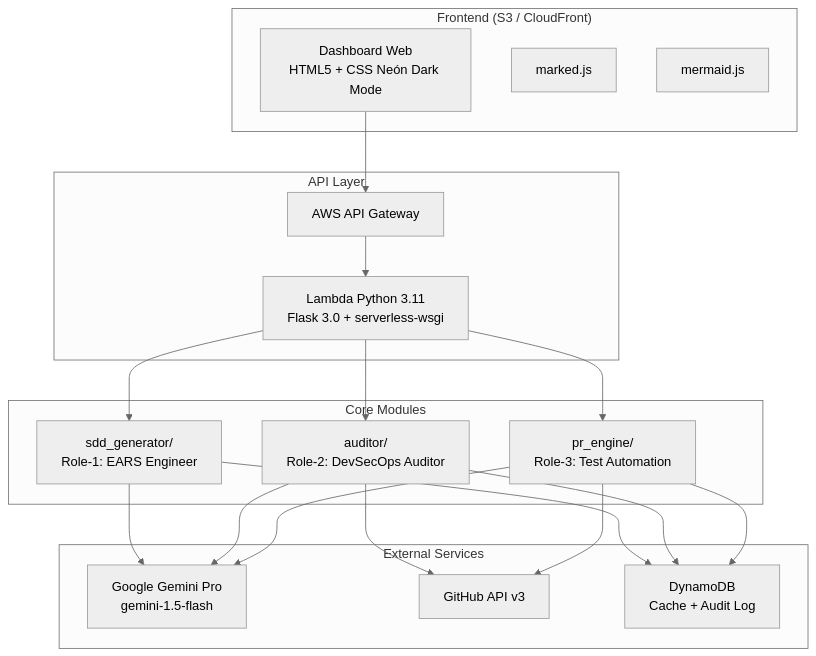
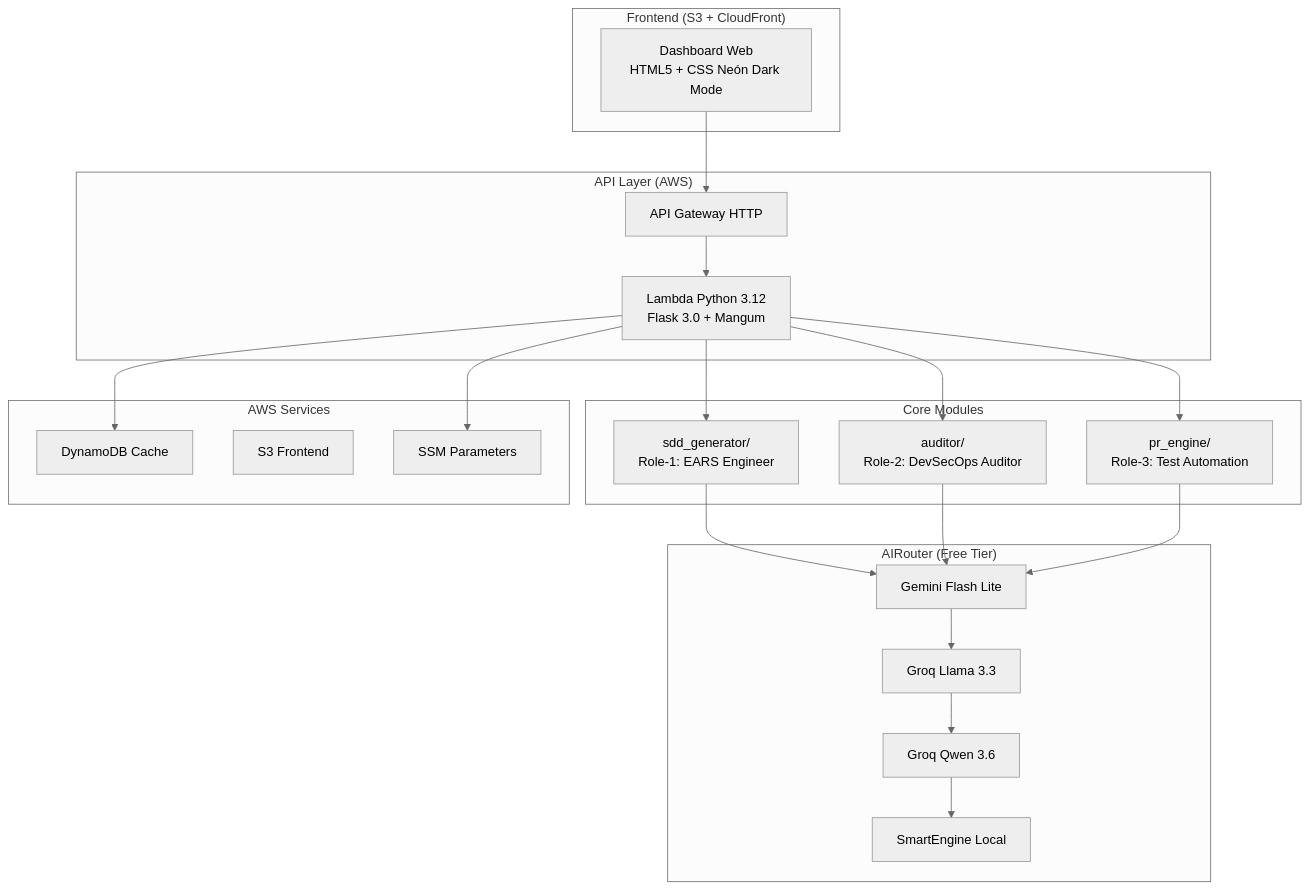
Before and after one commit to wigsdev/omnispec-ai: the diagram in README.md, drawn with Mermaid (neutral theme). The commit also changed other lines of this file and 2 other files, not shown here.

````diff
--- a/README.md
+++ b/README.md
@@ -11,35 +18,35 @@
 ```mermaid
 graph TB
-    subgraph Frontend["Frontend (S3 / CloudFront)"]
+    subgraph Frontend["Frontend (S3 + CloudFront)"]
         UI[Dashboard Web<br/>HTML5 + CSS Neón Dark Mode]
-        MARKED[marked.js]
-        MERMAID[mermaid.js]
     end
 
-    subgraph API["API Layer"]
-        GW[AWS API Gateway]
-        LAMBDA[Lambda Python 3.11<br/>Flask 3.0 + serverless-wsgi]
+    subgraph API["API Layer (AWS)"]
+        GW[API Gateway HTTP]
+        LAMBDA[Lambda Python 3.12<br/>Flask 3.0 + Mangum]
     end
 
     subgraph Modules["Core Modules"]
         SDD[sdd_generator/<br/>Role-1: EARS Engineer]
         AUD[auditor/<br/>Role-2: DevSecOps Auditor]
         FIX[pr_engine/<br/>Role-3: Test Automation]
     end
 
-    subgraph Services["External Services"]
-        GEMINI[Google Gemini Pro<br/>gemini-1.5-flash]
-        GH[GitHub API v3]
-        DYNAMO[DynamoDB<br/>Cache + Audit Log]
+    subgraph AI["AIRouter (Free Tier)"]
+        G[Gemini Flash Lite]
+        GQ[Groq Llama 3.3]
+        QW[Groq Qwen 3.6]
+        SE[SmartEngine Local]
+    end
+
+    subgraph AWS["AWS Services"]
+        DYNAMO[DynamoDB Cache]
+        S3[S3 Frontend]
+        SSM[SSM Parameters]
     end
 
     UI --> GW --> LAMBDA
-    LAMBDA --> SDD --> GEMINI
-    LAMBDA --> AUD --> GH
-    LAMBDA --> FIX --> GH
-    SDD --> DYNAMO
-    AUD --> GEMINI
-    AUD --> DYNAMO
-    FIX --> GEMINI
-    FIX --> DYNAMO
+    LAMBDA --> SDD & AUD & FIX
+    SDD & AUD & FIX --> G --> GQ --> QW --> SE
+    LAMBDA --> DYNAMO & SSM
 ```
````
